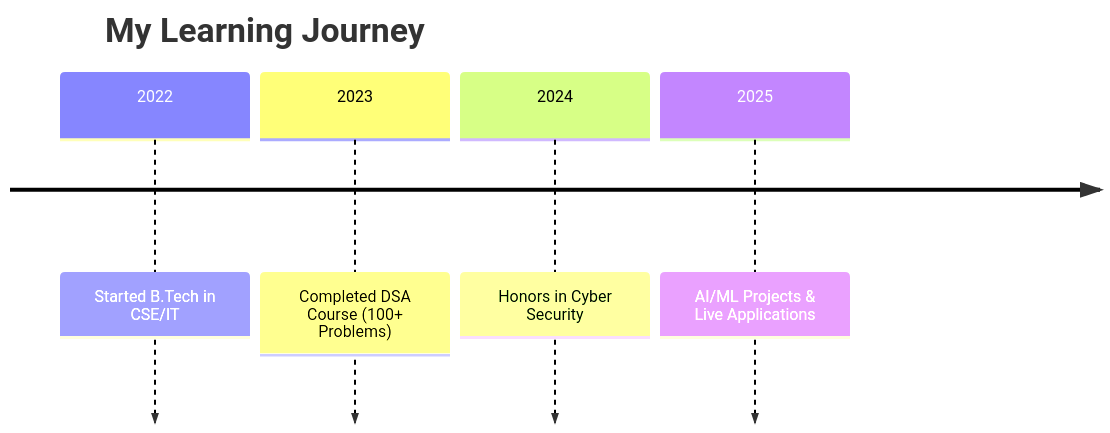
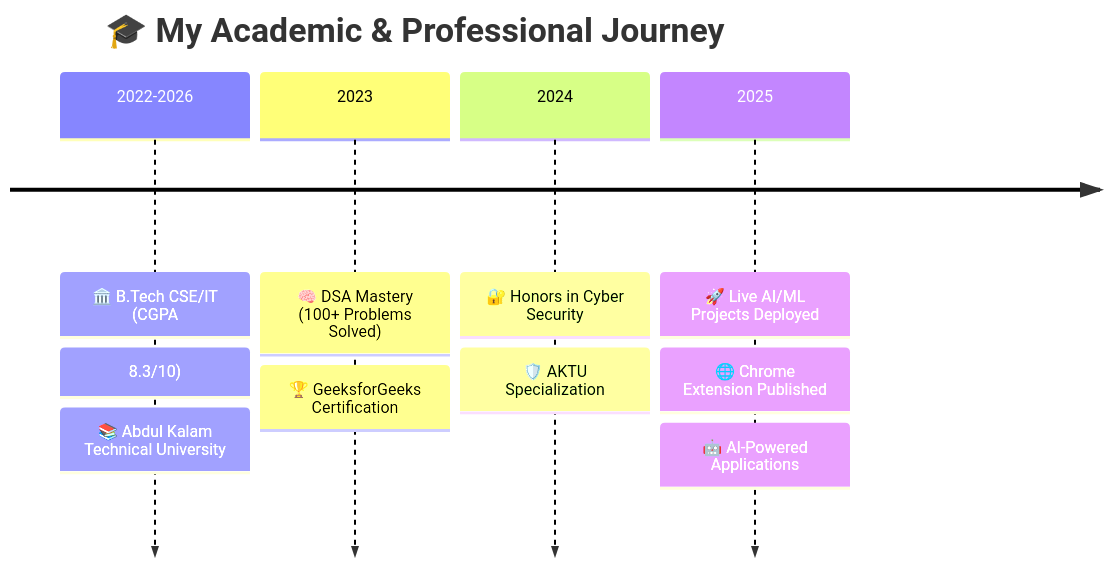
One commit to urstrulyPrateeK/urstrulyPrateek changed the first of 2 diagrams in README.md. Above: the diagram before and after it, drawn with Mermaid. The commit also changed other lines of this file, not shown here.

````diff
--- a/README.md
+++ b/README.md
@@ -79,8 +114,13 @@
 ```mermaid
 timeline
-    title My Learning Journey
-    2022 : Started B.Tech in CSE/IT
-    2023 : Completed DSA Course (100+ Problems)
-    2024 : Honors in Cyber Security
-    2025 : AI/ML Projects & Live Applications
+    title 🎓 My Academic & Professional Journey
+    2022-2026 : 🏛️ B.Tech CSE/IT (CGPA: 8.3/10)
+             : 📚 Abdul Kalam Technical University
+    2023     : 🧠 DSA Mastery (100+ Problems Solved)
+             : 🏆 GeeksforGeeks Certification
+    2024     : 🔐 Honors in Cyber Security
+             : 🛡️ AKTU Specialization
+    2025     : 🚀 Live AI/ML Projects Deployed
+             : 🌐 Chrome Extension Published
+             : 🤖 AI-Powered Applications
 ```
````
